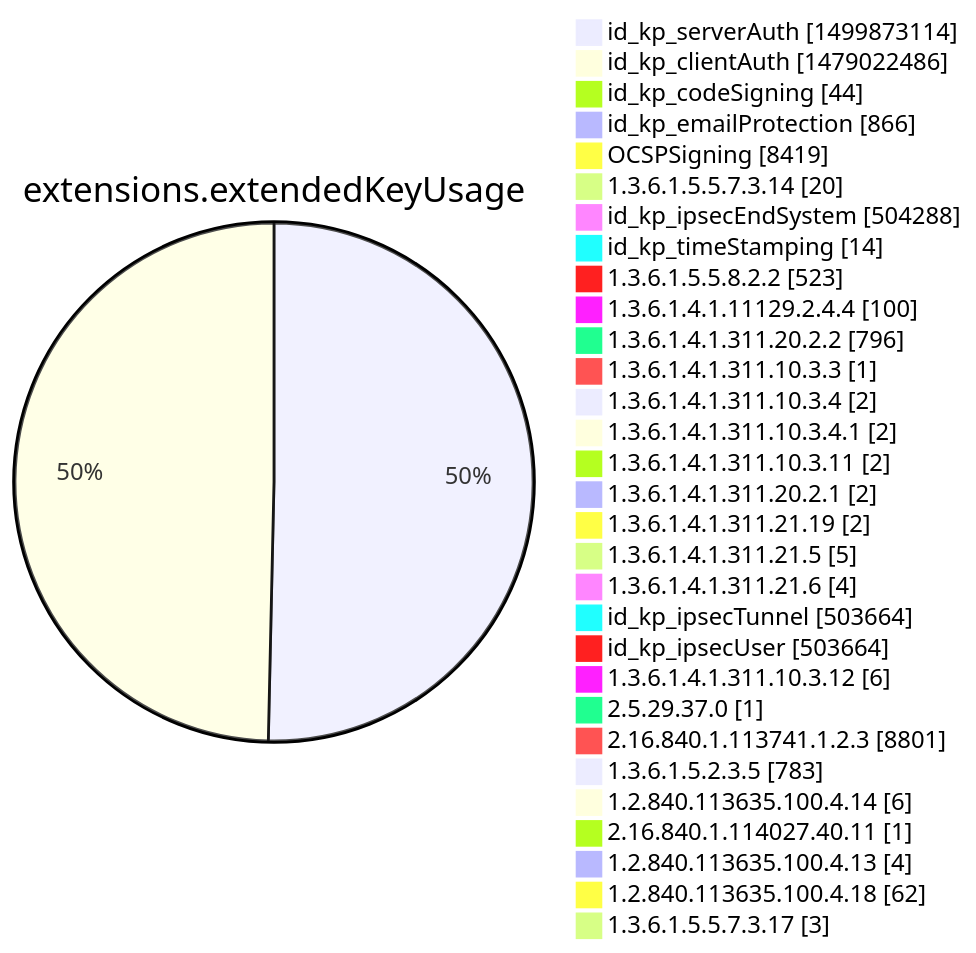
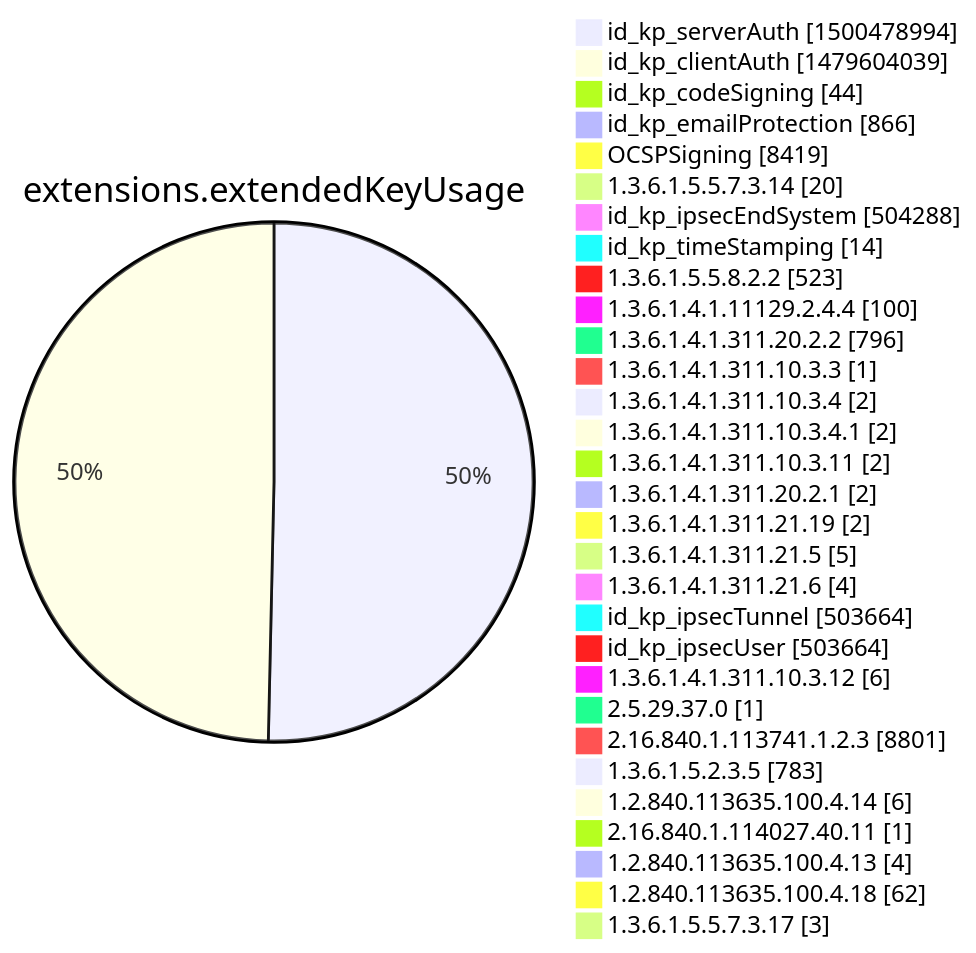
One commit to christiankrug/ctmonitor_visualization changed diagram 12 of 15 in argon2022/README.md. Above: the diagram before and after it, drawn with Mermaid. The commit also changed other lines of this file, not shown here.

````diff
--- a/argon2022/README.md
+++ b/argon2022/README.md
@@ -3555,34 +3555,34 @@
 ```mermaid
 pie showData
 title extensions.extendedKeyUsage
-"id_kp_serverAuth" :1499873114
-"id_kp_clientAuth" :1479022486
+"id_kp_serverAuth" :1500478994
+"id_kp_clientAuth" :1479604039
 "id_kp_codeSigning" :44
 "id_kp_emailProtection" :866
 "OCSPSigning" :8419
 "1.3.6.1.5.5.7.3.14" :20
 "id_kp_ipsecEndSystem" :504288
 "id_kp_timeStamping" :14
 "1.3.6.1.5.5.8.2.2" :523
 "1.3.6.1.4.1.11129.2.4.4" :100
 "1.3.6.1.4.1.311.20.2.2" :796
 "1.3.6.1.4.1.311.10.3.3" :1
 "1.3.6.1.4.1.311.10.3.4" :2
 "1.3.6.1.4.1.311.10.3.4.1" :2
 "1.3.6.1.4.1.311.10.3.11" :2
 "1.3.6.1.4.1.311.20.2.1" :2
 "1.3.6.1.4.1.311.21.19" :2
 "1.3.6.1.4.1.311.21.5" :5
 "1.3.6.1.4.1.311.21.6" :4
 "id_kp_ipsecTunnel" :503664
 "id_kp_ipsecUser" :503664
 "1.3.6.1.4.1.311.10.3.12" :6
 "2.5.29.37.0" :1
 "2.16.840.1.113741.1.2.3" :8801
 "1.3.6.1.5.2.3.5" :783
 "1.2.840.113635.100.4.14" :6
 "2.16.840.1.114027.40.11" :1
 "1.2.840.113635.100.4.13" :4
 "1.2.840.113635.100.4.18" :62
 "1.3.6.1.5.5.7.3.17" :3
 ```
````
